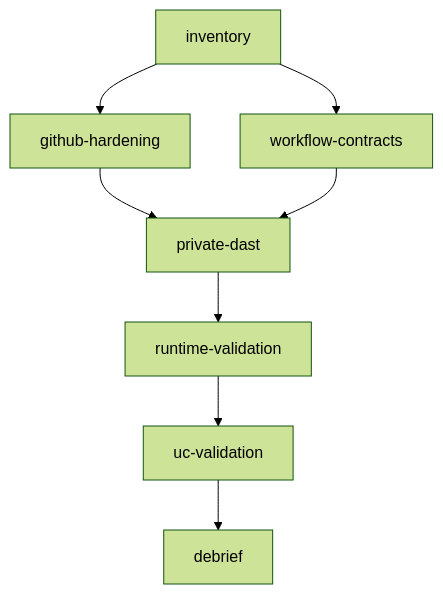
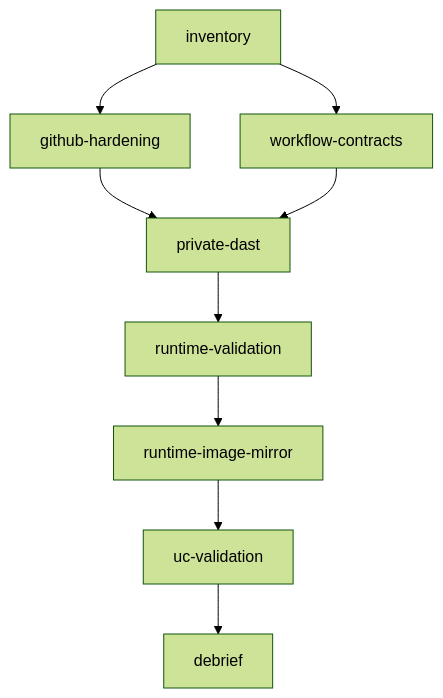
Before and after one commit to s1ns3nz0/node-operator: the diagram in plans/2026-09-08-devsecops-full-remediation/graph.mmd, drawn with Mermaid (forest theme). The commit also changed 14 other files, not shown here.

First line of the commit message:
harden: mirror validator runtime images privately

```diff
--- a/plans/2026-09-08-devsecops-full-remediation/graph.mmd
+++ b/plans/2026-09-08-devsecops-full-remediation/graph.mmd
@@ -1,6 +1,6 @@
 graph TD
   inventory --> github-hardening
   inventory --> workflow-contracts
   github-hardening --> private-dast
   workflow-contracts --> private-dast
-  private-dast --> runtime-validation --> uc-validation --> debrief
+  private-dast --> runtime-validation --> runtime-image-mirror --> uc-validation --> debrief
```
